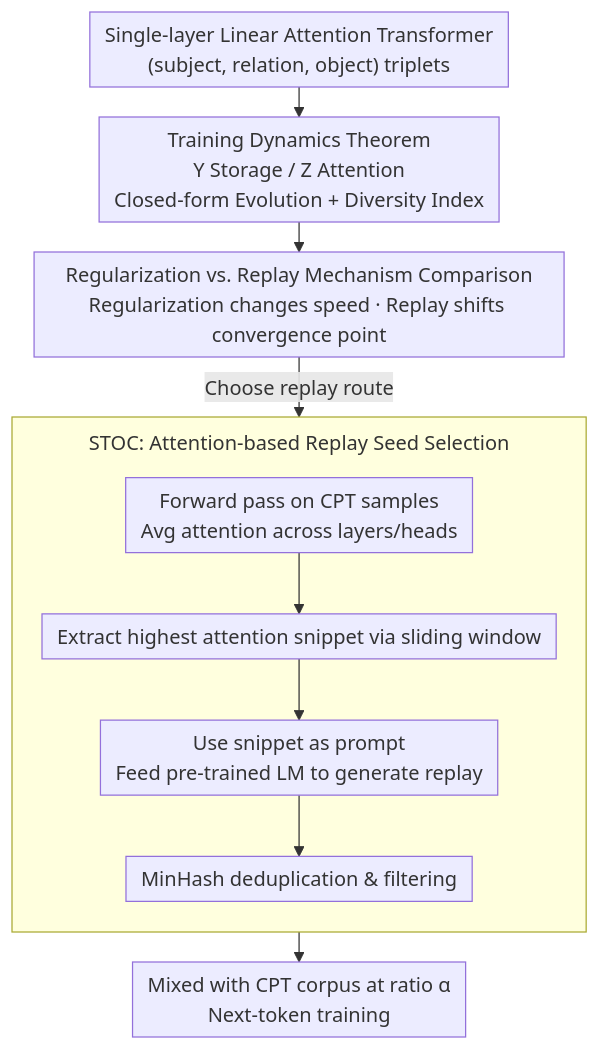
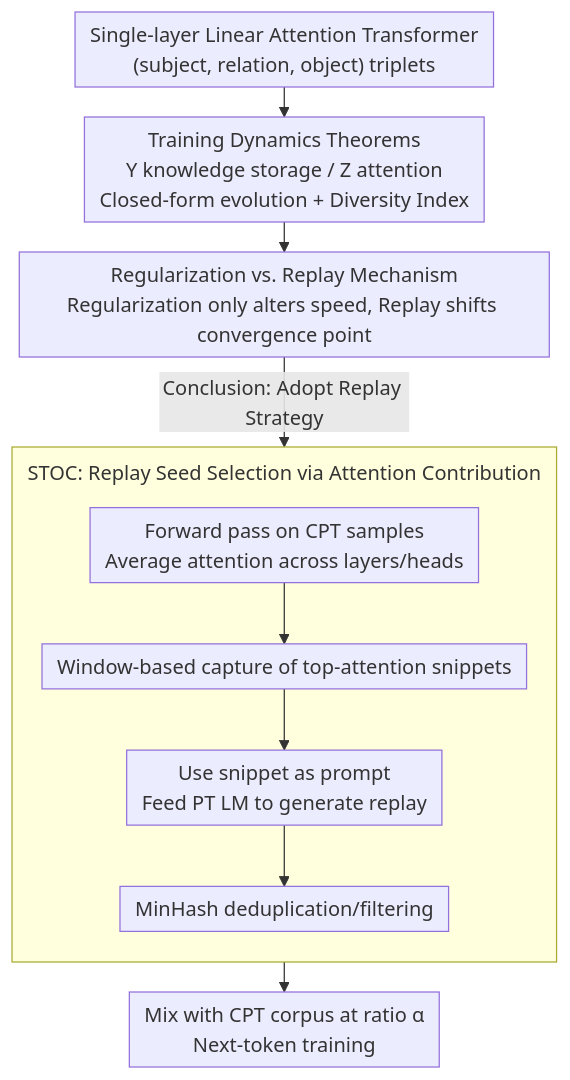
Before and after one commit to zhaoyang97/Paper-Notes-en: the diagram in docs/ICML2026/optimization/towards_understanding_continual_factual_knowledge_acquisition_of_language_models.md, drawn with Mermaid. The commit also changed other lines of this file and 5084 other files, not shown here.

````diff
--- a/docs/ICML2026/optimization/towards_understanding_continual_factual_knowledge_acquisition_of_language_models.md
+++ b/docs/ICML2026/optimization/towards_understanding_continual_factual_knowledge_acquisition_of_language_models.md
@@ -42,14 +42,14 @@
 ```mermaid
 %%{init: {'flowchart': {'rankSpacing': 24, 'nodeSpacing': 28, 'padding': 6, 'wrappingWidth': 400, 'subGraphTitleMargin': {'top': 8, 'bottom': 16}}}}%%
 flowchart TD
-    A["Single-layer Linear Attention Transformer<br/>(subject, relation, object) triplets"] --> B["Training Dynamics Theorem<br/>Y Storage / Z Attention<br/>Closed-form Evolution + Diversity Index"]
-    B --> C["Regularization vs. Replay Mechanism Comparison<br/>Regularization changes speed · Replay shifts convergence point"]
-    C -->|Choose replay route| D
-    subgraph D["STOC: Attention-based Replay Seed Selection"]
+    A["Single-layer Linear Attention Transformer<br/>(subject, relation, object) triplets"] --> B["Training Dynamics Theorems<br/>Y knowledge storage / Z attention<br/>Closed-form evolution + Diversity Index"]
+    B --> C["Regularization vs. Replay Mechanism<br/>Regularization only alters speed, Replay shifts convergence point"]
+    C -->|Conclusion: Adopt Replay Strategy| D
+    subgraph D["STOC: Replay Seed Selection via Attention Contribution"]
         direction TB
-        D1["Forward pass on CPT samples<br/>Avg attention across layers/heads"] --> D2["Extract highest attention snippet via sliding window"]
-        D2 --> D3["Use snippet as prompt<br/>Feed pre-trained LM to generate replay"]
-        D3 --> D4["MinHash deduplication & filtering"]
+        D1["Forward pass on CPT samples<br/>Average attention across layers/heads"] --> D2["Window-based capture of top-attention snippets"]
+        D2 --> D3["Use snippet as prompt<br/>Feed PT LM to generate replay"]
+        D3 --> D4["MinHash deduplication/filtering"]
     end
-    D --> E["Mixed with CPT corpus at ratio α<br/>Next-token training"]
+    D --> E["Mix with CPT corpus at ratio α<br/>Next-token training"]
 ```
````
